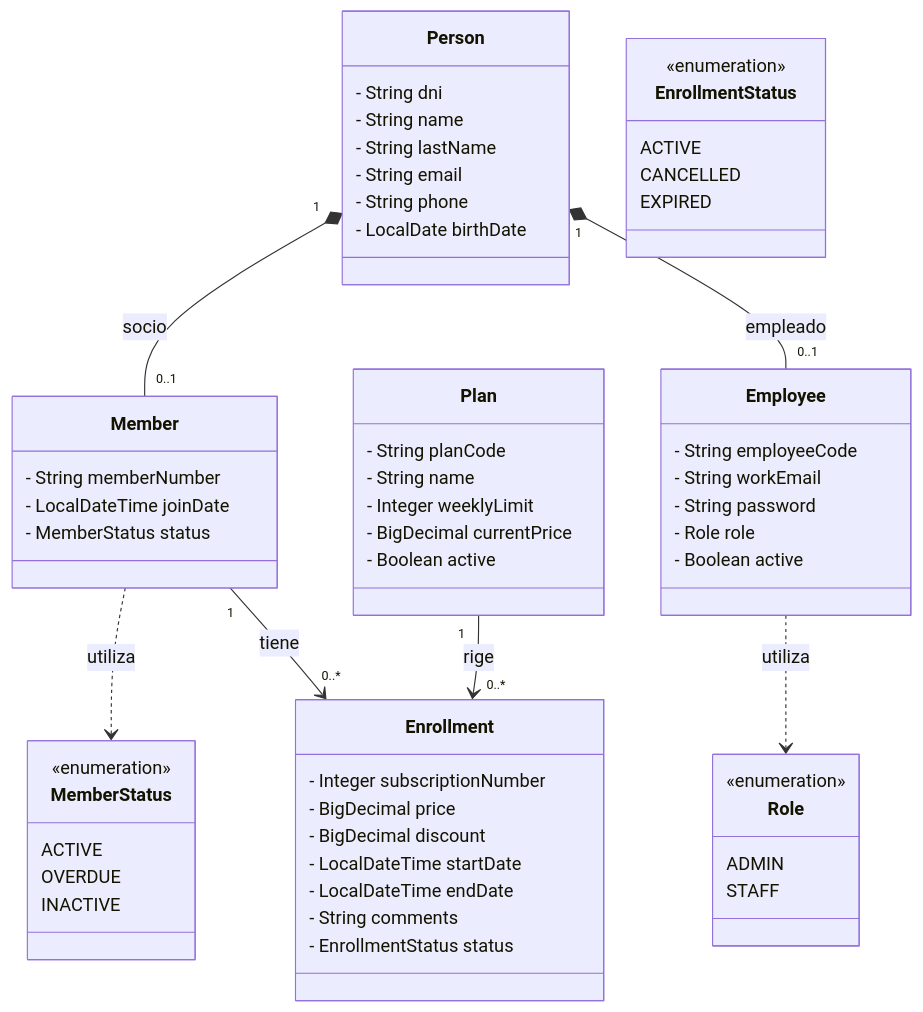
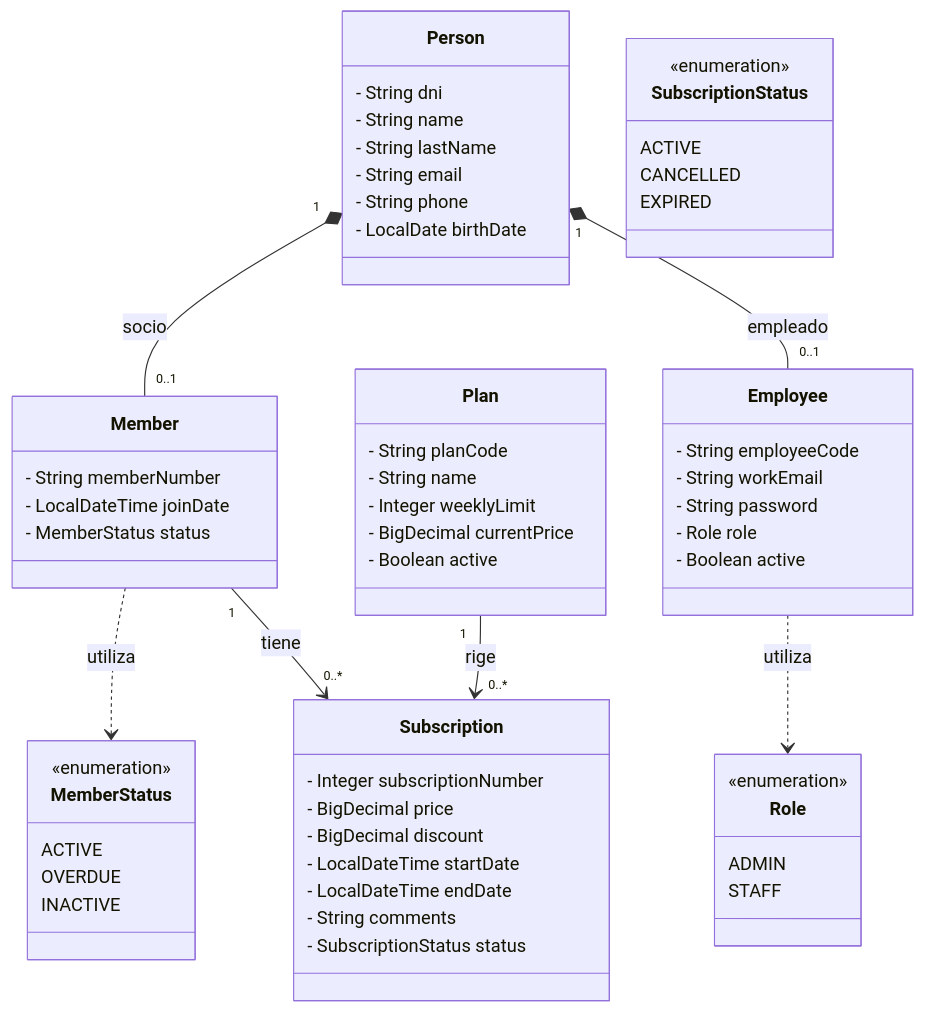
Before and after one commit to santiagovOK/TFI_grupo144: the first of 2 diagrams in docs/entidades.md, drawn with Mermaid. The commit also changed other lines of this file and 4 other files, not shown here.

Commit message:
refactor(subscription): replace enrollment entity with subscriptions and update relational mapping

````diff
--- a/docs/entidades.md
+++ b/docs/entidades.md
@@ -13,72 +13,72 @@
 ```mermaid
 classDiagram
     direction TB
 
     class Person {
         - String dni
         - String name
         - String lastName
         - String email
         - String phone
         - LocalDate birthDate
     }
 
     class Member {
         - String memberNumber
         - LocalDateTime joinDate
         - MemberStatus status
     }
 
     class Employee {
         - String employeeCode
         - String workEmail
         - String password
         - Role role
         - Boolean active
     }
 
     class Plan {
         - String planCode
         - String name
         - Integer weeklyLimit
         - BigDecimal currentPrice
         - Boolean active
     }
 
-    class Enrollment {
+    class Subscription {
         - Integer subscriptionNumber
         - BigDecimal price
         - BigDecimal discount
         - LocalDateTime startDate
         - LocalDateTime endDate
         - String comments
-        - EnrollmentStatus status
+        - SubscriptionStatus status
     }
 
-    class EnrollmentStatus {
+    class SubscriptionStatus {
         <<enumeration>>
         ACTIVE
         CANCELLED
         EXPIRED
     }
     class Role {
         <<enumeration>>
         ADMIN
         STAFF
     }
 
     class MemberStatus {
         <<enumeration>>
         ACTIVE
         OVERDUE
         INACTIVE
     }
 
 
     Person "1" *-- "0..1" Member : socio
     Person "1" *-- "0..1" Employee : empleado
     Employee ..> Role : utiliza
     Member ..> MemberStatus : utiliza
-    Member "1" --> "0..*" Enrollment : tiene
-    Plan "1" --> "0..*" Enrollment : rige
+    Member "1" --> "0..*" Subscription : tiene
+    Plan "1" --> "0..*" Subscription : rige
 ```
````
